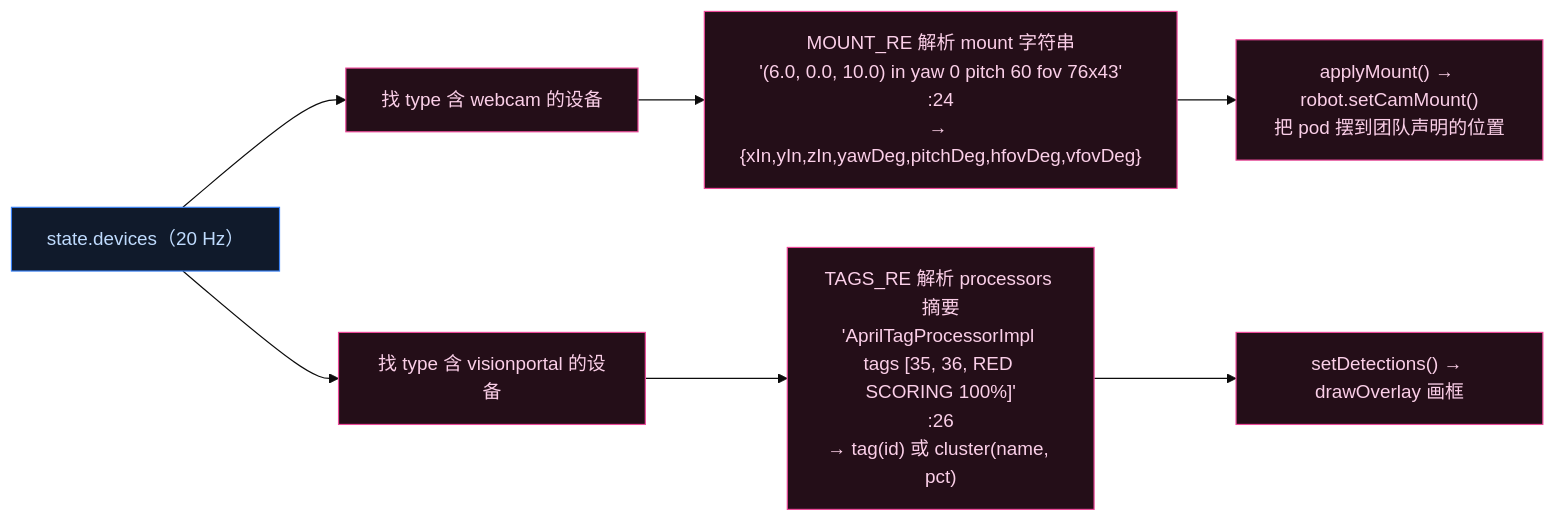
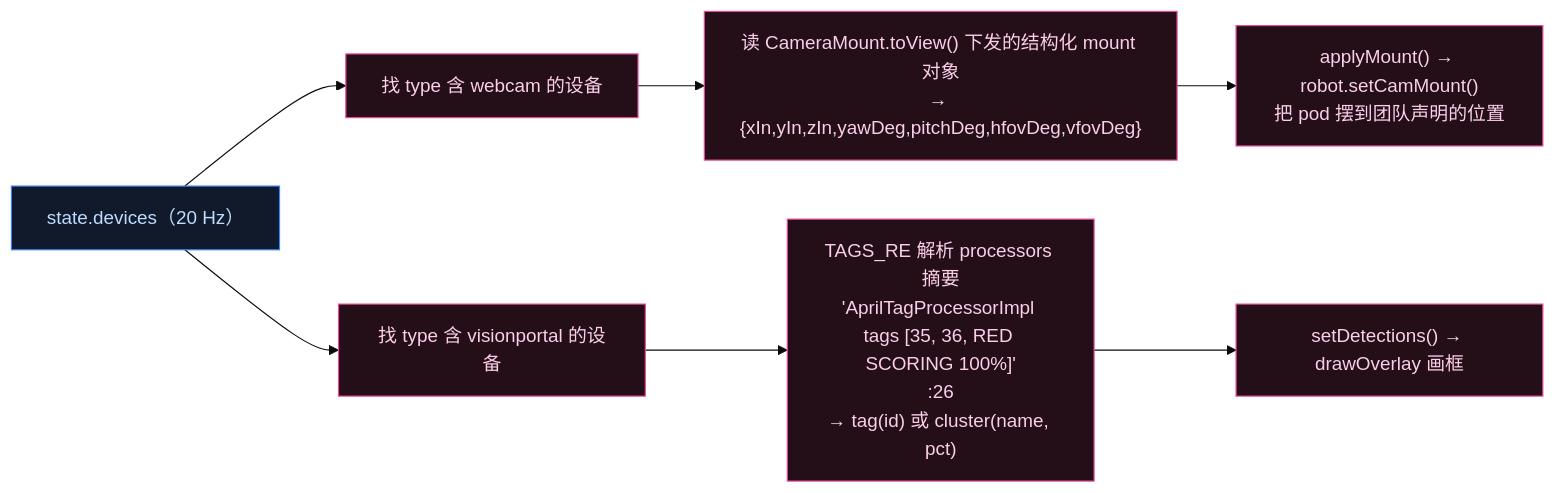
Before and after one commit to seezhou/FTCSim: the fourth of 5 diagrams in docs/frontend-3d/04-webcam-pip.md, drawn with Mermaid (base theme). The commit also changed other lines of this file and 20 other files, not shown here.

````diff
--- a/docs/frontend-3d/04-webcam-pip.md
+++ b/docs/frontend-3d/04-webcam-pip.md
@@ -111,17 +107,17 @@
 ```mermaid
 flowchart LR
   MSG["state.devices（20 Hz）"]
 
   MSG --> WM["找 type 含 webcam 的设备"]
-  WM --> RE1["MOUNT_RE 解析 mount 字符串<br/>'(6.0, 0.0, 10.0) in yaw 0 pitch 60 fov 76x43'<br/>:24<br/>→ {xIn,yIn,zIn,yawDeg,pitchDeg,hfovDeg,vfovDeg}"]
+  WM --> RE1["读 CameraMount.toView() 下发的结构化 mount 对象<br/>→ {xIn,yIn,zIn,yawDeg,pitchDeg,hfovDeg,vfovDeg}"]
   RE1 --> APPLY["applyMount() → robot.setCamMount()<br/>把 pod 摆到团队声明的位置"]
 
   MSG --> VP["找 type 含 visionportal 的设备"]
   VP --> RE2["TAGS_RE 解析 processors 摘要<br/>'AprilTagProcessorImpl tags [35, 36, RED SCORING 100%]'<br/>:26<br/>→ tag(id) 或 cluster(name, pct)"]
   RE2 --> SET["setDetections() → drawOverlay 画框"]
 
   classDef data fill:#101a2b,stroke:#3b82f6,color:#bfdbfe
   classDef web fill:#240e18,stroke:#ec4899,color:#fbcfe8
   class MSG data
   class WM,RE1,APPLY,VP,RE2,SET web
 ```
````
